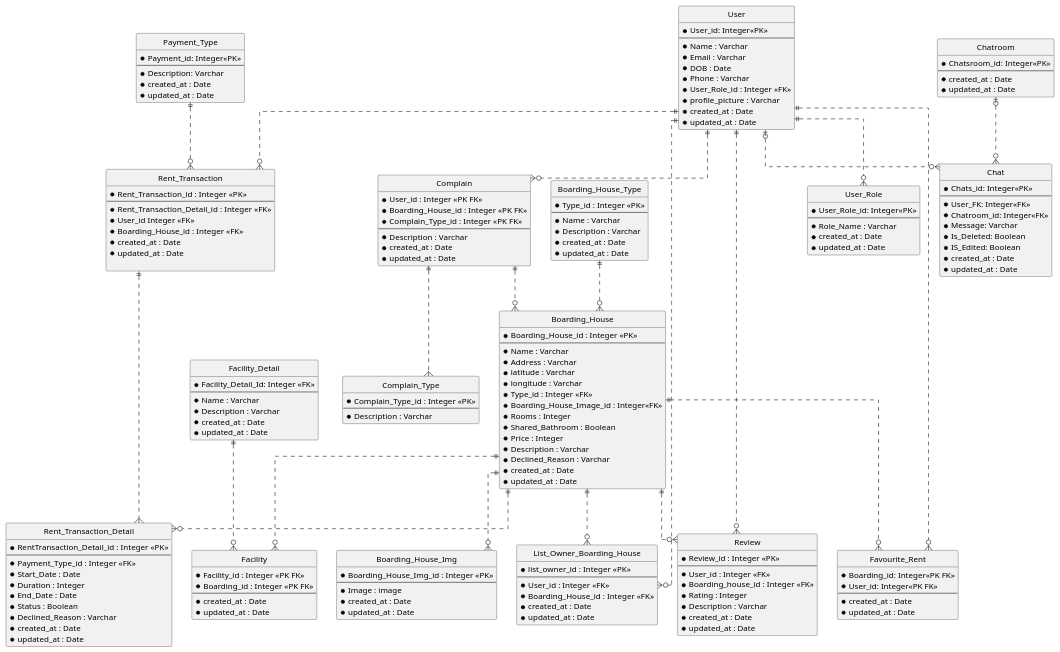
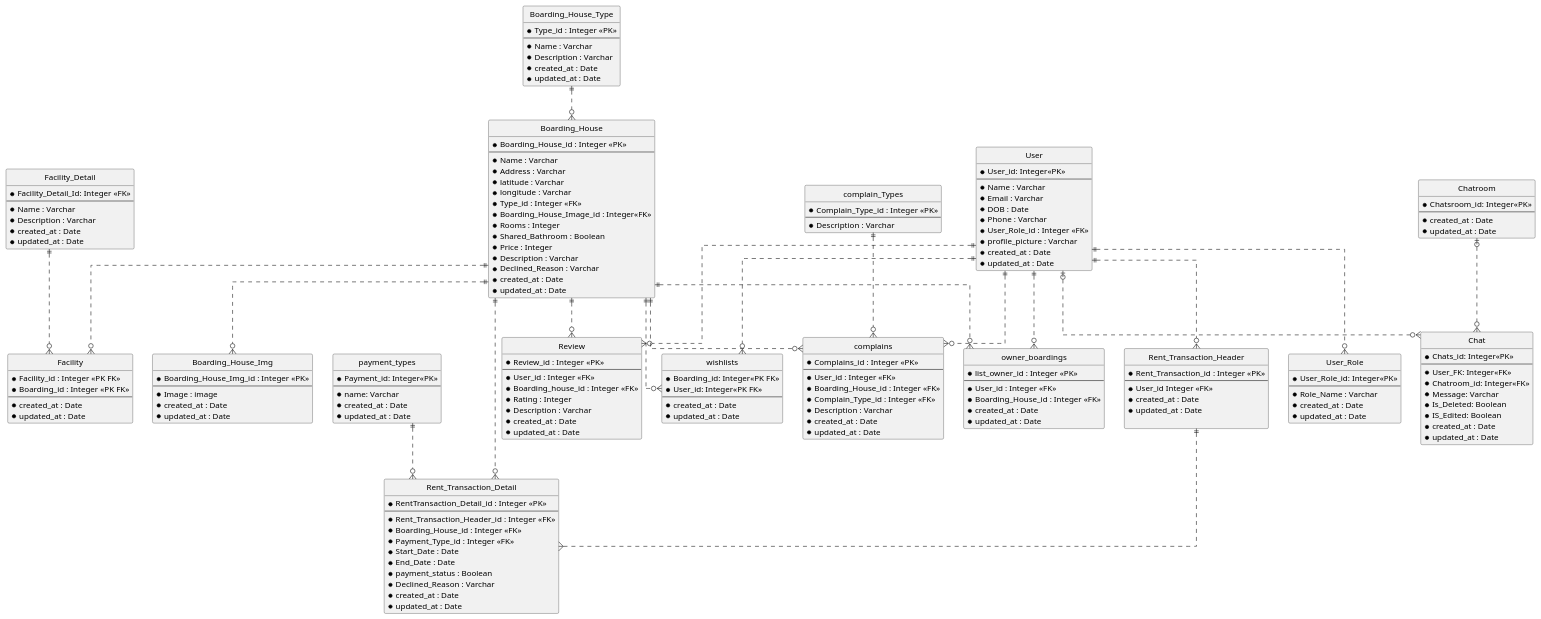
One commit to AntWort21/BHFMS changed the diagram in Design/BHFMS_ERD.puml. Above: the diagram before and after it, drawn with PlantUML. The commit also changed 17 other files, not shown here.

```diff
--- a/Design/BHFMS_ERD.puml
+++ b/Design/BHFMS_ERD.puml
@@ -78,12 +78,10 @@
   *updated_at : Date
 }
 
-entity "Rent_Transaction" as rt {
+entity "Rent_Transaction_Header" as rt {
   *Rent_Transaction_id : Integer <<PK>>
   --
-  *Rent_Transaction_Detail_id : Integer <<FK>> 
   *User_id Integer <<FK>>
-  *Boarding_House_id : Integer <<FK>>
   *created_at : Date
   *updated_at : Date
   
@@ -92,17 +90,18 @@
 entity "Rent_Transaction_Detail" as rtd {
   *RentTransaction_Detail_id : Integer <<PK>>
   --
+  *Rent_Transaction_Header_id : Integer <<FK>> 
+  *Boarding_House_id : Integer <<FK>>
   *Payment_Type_id : Integer <<FK>>
   *Start_Date : Date
-  *Duration : Integer
   *End_Date : Date
-  *Status : Boolean
+  *payment_status : Boolean
   *Declined_Reason : Varchar
   *created_at : Date
   *updated_at : Date
 }
 
-entity "List_Owner_Boarding_House" as lobh {
+entity "owner_boardings" as lobh {
   *list_owner_id : Integer <<PK>>
   --
   *User_id : Integer <<FK>>
@@ -122,22 +121,24 @@
   *updated_at : Date
 }
 
-entity "Complain" as cmpln {
-  *User_id : Integer <<PK FK>>
-  *Boarding_House_id : Integer <<PK FK>>
-  *Complain_Type_id : Integer <<PK FK>>
+entity "complains" as cmpln {
+  *Complains_id : Integer <<PK>>
   --
+  *User_id : Integer <<FK>>
+  *Boarding_House_id : Integer <<FK>>
+  *Complain_Type_id : Integer <<FK>>
   *Description : Varchar
   *created_at : Date
   *updated_at : Date
 }
-entity "Complain_Type" as cmplnt {
+
+entity "complain_Types" as cmplnt {
   *Complain_Type_id : Integer <<PK>>
   --
   *Description : Varchar
 }
 
-entity "Favourite_Rent" as fr { 
+entity "wishlists" as fr { 
   *Boarding_id: Integer<<PK FK>>
   *User_id: Integer<<PK FK>>
   --
@@ -145,10 +146,10 @@
   *updated_at : Date
 }
 
-entity "Payment_Type" as pymnt {
+entity "payment_types" as pymnt {
   *Payment_id: Integer<<PK>>
   --
-  *Description: Varchar
+  *name: Varchar
   *created_at : Date
   *updated_at : Date
 }
@@ -180,7 +181,7 @@
 usr ||..o{ rt
 bh ||..o{ rtd
 rt ||..{rtd
-pymnt ||..o{ rt
+pymnt ||..o{ rtd
 
 usr ||..o{ lobh
 bh ||..o{ lobh
@@ -189,8 +190,8 @@
 bh ||..o{ rvw
 
 usr ||..o{ cmpln
-cmpln ||..o{ bh
-cmpln ||..{ cmplnt
+bh ||..o{ cmpln
+cmplnt ||..o{ cmpln
 
 bht ||..o{ bh
 
```
